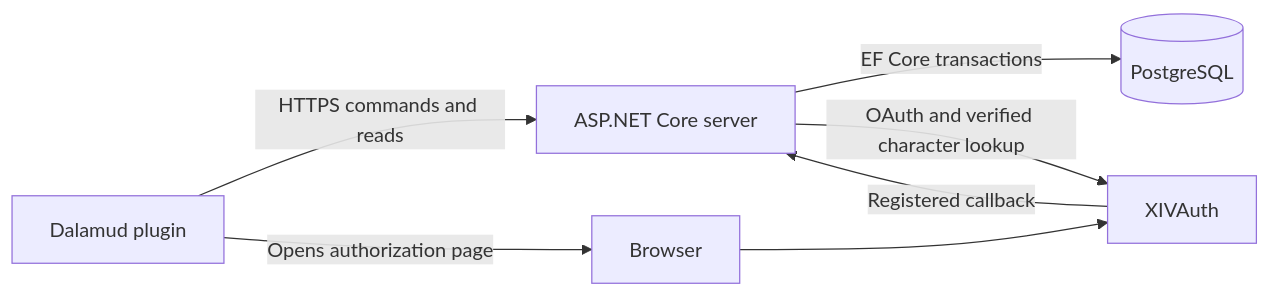
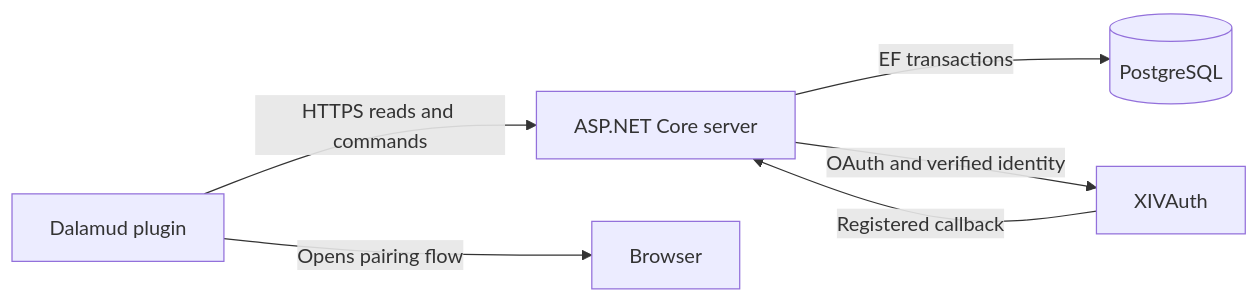
Before and after one commit to Runmih/AmorRP: the diagram in docs/engineering/architecture.md, drawn with Mermaid. The commit also changed other lines of this file and 92 other files, not shown here.

````diff
--- a/docs/engineering/architecture.md
+++ b/docs/engineering/architecture.md
@@ -15,9 +8,8 @@
 ```mermaid
 flowchart LR
-    P[Dalamud plugin] -->|HTTPS commands and reads| S[ASP.NET Core server]
-    S -->|EF Core transactions| D[(PostgreSQL)]
-    S -->|OAuth and verified character lookup| X[XIVAuth]
-    P -->|Opens authorization page| B[Browser]
-    B --> X
+    P[Dalamud plugin] -->|HTTPS reads and commands| S[ASP.NET Core server]
+    S -->|EF transactions| D[(PostgreSQL)]
+    S -->|OAuth and verified identity| X[XIVAuth]
+    P -->|Opens pairing flow| B[Browser]
     X -->|Registered callback| S
 ```
````
